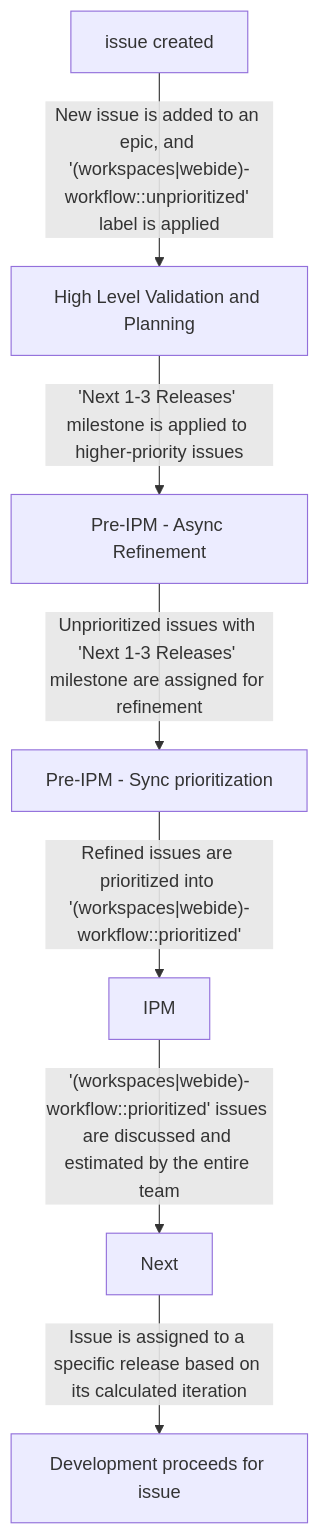
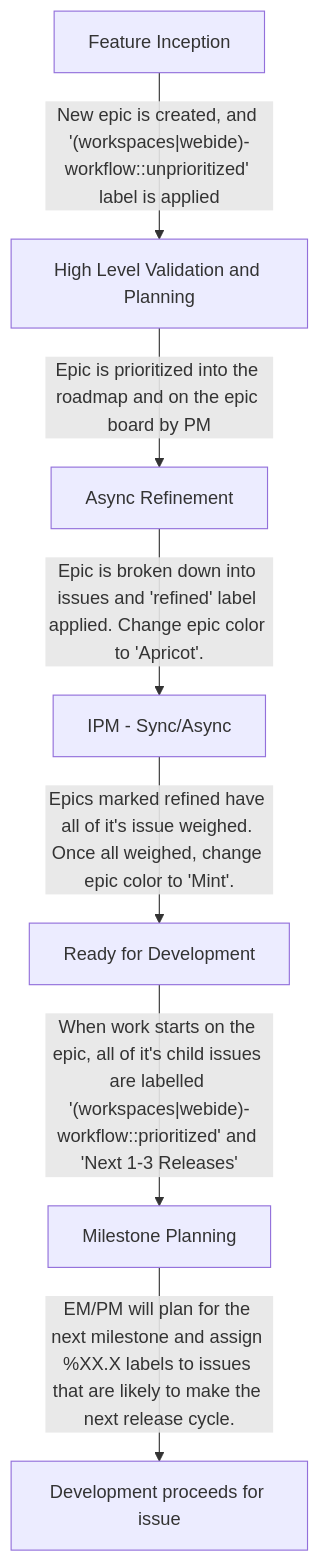
The diagram in content/handbook/engineering/development/dev/create/remote-development/_index.md (moliver28/research-handbook), drawn with Mermaid before and after one commit.

Commit message:
Update file _index.md

````diff
--- a/content/handbook/engineering/development/dev/create/remote-development/_index.md
+++ b/content/handbook/engineering/development/dev/create/remote-development/_index.md
@@ -206,9 +206,9 @@
 ```mermaid
 graph TD;
-  S[issue created] -->|"New issue is added to an epic, and '(workspaces|webide)-workflow::unprioritized' label is applied"| V[High Level Validation and Planning]
-  V -->|"'Next 1-3 Releases' milestone is applied to higher-priority issues"| R[Pre-IPM - Async Refinement]
-  R -->|"Unprioritized issues with 'Next 1-3 Releases' milestone are assigned for refinement"| P[Pre-IPM - Sync prioritization]
-  P -->|"Refined issues are prioritized into '(workspaces|webide)-workflow::prioritized'"| I[IPM]
-  I -->|"'(workspaces|webide)-workflow::prioritized' issues are discussed and estimated by the entire team"| N[Next]
-  N -->|"Issue is assigned to a specific release based on its calculated iteration"| E[Development proceeds for issue]
+  S[Feature Inception] -->|"New epic is created, and '(workspaces|webide)-workflow::unprioritized' label is applied"| V[High Level Validation and Planning]
+  V -->|"Epic is prioritized into the roadmap and on the epic board by PM"| R[Async Refinement]
+  R -->|"Epic is broken down into issues and 'refined' label applied. Change epic color to 'Apricot'."| P[IPM - Sync/Async]
+  P -->|"Epics marked refined have all of it's issue weighed. Once all weighed, change epic color to 'Mint'."| I[Ready for Development]
+  I -->|"When work starts on the epic, all of it's child issues are labelled '(workspaces|webide)-workflow::prioritized' and 'Next 1-3 Releases'"| N[Milestone Planning]
+  N -->|"EM/PM will plan for the next milestone and assign %XX.X labels to issues that are likely to make the next release cycle."| E[Development proceeds for issue]
 ```
````
